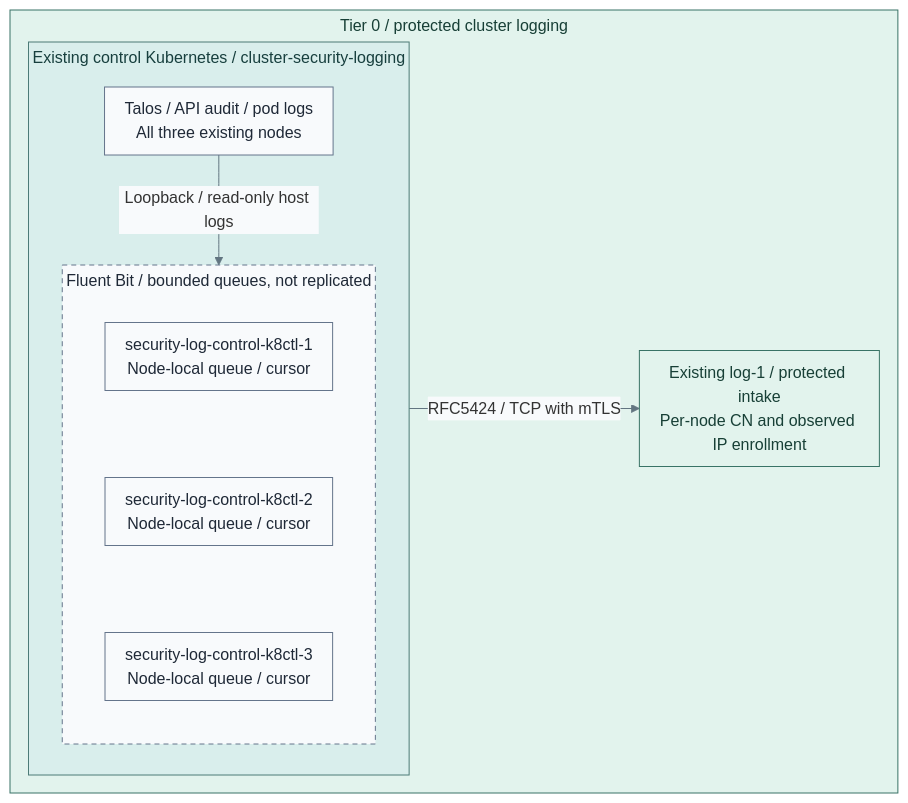
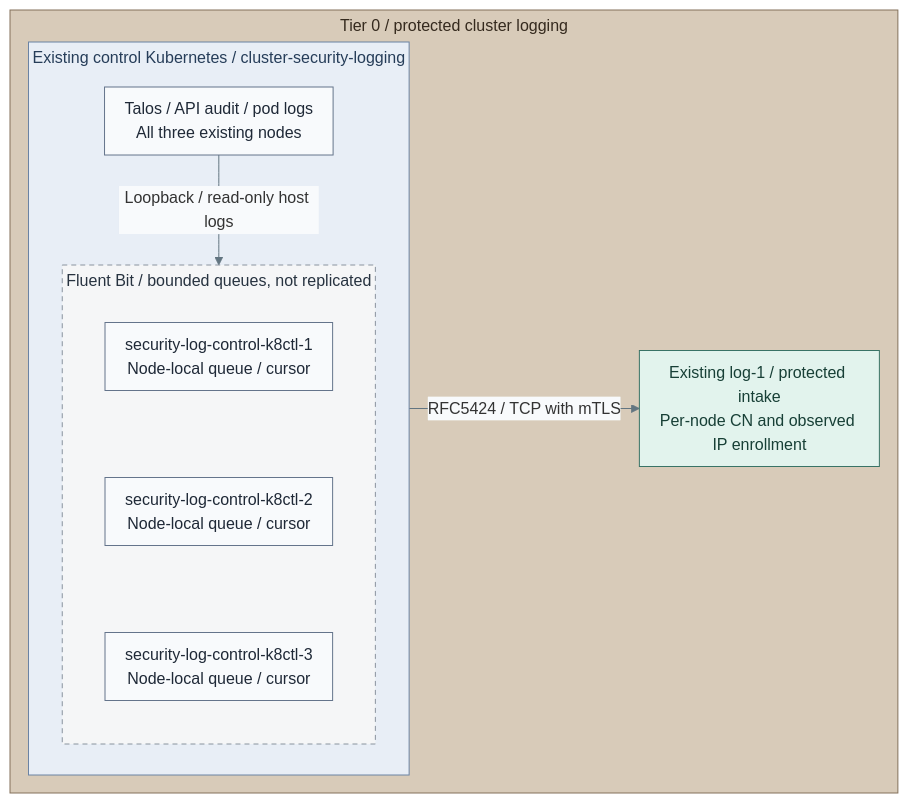
One commit to Rexus/homelab changed the third of 3 diagrams in docs/03-deployment/stage-4-kubernetes/README.md. Above: the diagram before and after it, drawn with Mermaid. The commit also changed other lines of this file and 108 other files, not shown here.

Commit message:
docs(diagrams): unify visual language and opening views

````diff
--- a/docs/03-deployment/stage-4-kubernetes/README.md
+++ b/docs/03-deployment/stage-4-kubernetes/README.md
@@ -342,28 +349,31 @@
 ```mermaid
 %%{init: {"theme":"base","flowchart":{"nodeSpacing":16,"rankSpacing":12,"padding":10,"subGraphTitleMargin":{"top":4,"bottom":10}},"themeVariables":{"lineColor":"#627581","edgeLabelBackground":"#f8fafc"}}}%%
 flowchart LR
   subgraph T0["Tier 0 / protected cluster logging"]
     direction LR
     subgraph Cluster["Existing control Kubernetes / cluster-security-logging"]
       direction TB
       Sources["Talos / API audit / pod logs<br/>All three existing nodes"]
       subgraph Agents["Fluent Bit / bounded queues, not replicated"]
         direction TB
         A1["security-log-control-k8ctl-1<br/>Node-local queue / cursor"]
         A2["security-log-control-k8ctl-2<br/>Node-local queue / cursor"]
         A3["security-log-control-k8ctl-3<br/>Node-local queue / cursor"]
         A1 ~~~ A2 ~~~ A3
       end
       Sources -->|Loopback / read-only host logs| Agents
     end
     Receiver["Existing log-1 / protected intake<br/>Per-node CN and observed IP enrollment"]
     Cluster -->|RFC5424 / TCP with mTLS| Receiver
   end
   classDef default fill:#f8fafc,stroke:#64748b,color:#1f2937
   classDef control fill:#e2f3ed,stroke:#397366,color:#173f36
   classDef runtime fill:#d9eeec,stroke:#4d7b77,color:#173f3e
-  classDef replicas fill:#f8fafc,stroke:#64748b,color:#1f2937,stroke-dasharray:5 4
-  class T0,Receiver control
-  class Cluster runtime
+  classDef replicas fill:#f5f6f7,stroke:#89939e,color:#273340,stroke-dasharray:5 4
+  class Receiver control
   class Agents replicas
+  classDef kubernetes fill:#e8eef6,stroke:#6b83a3,color:#263d59
+  class Cluster kubernetes
+  classDef tier0 fill:#d8cbb9,stroke:#83715a,color:#352a1e
+  class T0 tier0
 ```
````
